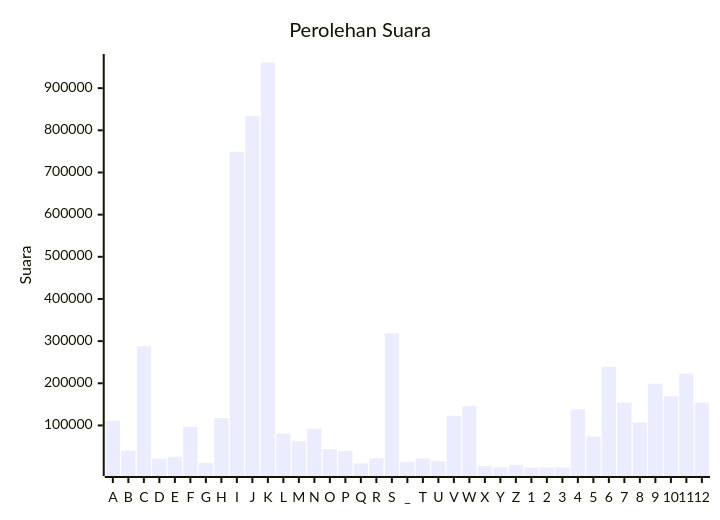
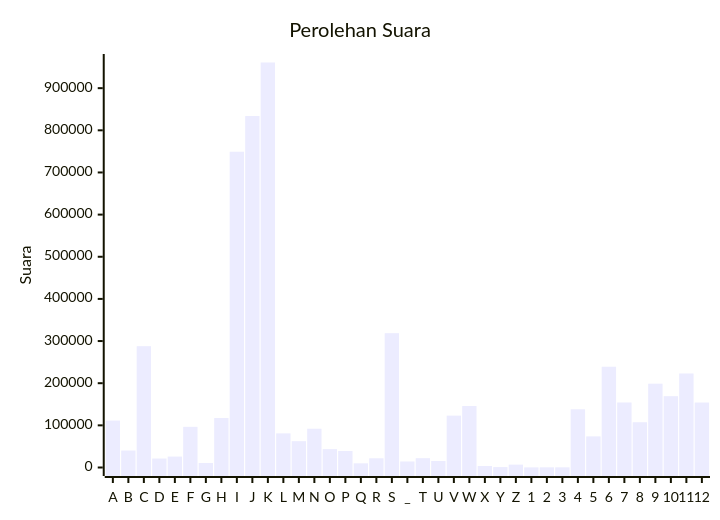
The diagram in pileg-dpr/hitung-suara/sub/table-partai-14.md (gigit-pemilu/pemilu-2024), drawn with Mermaid before and after one commit. The commit also changed 57 other files, not shown here.

````diff
--- a/pileg-dpr/hitung-suara/sub/table-partai-14.md
+++ b/pileg-dpr/hitung-suara/sub/table-partai-14.md
@@ -7,7 +7,7 @@
 ```mermaid
 xychart-beta
     title "Perolehan Suara"
     x-axis [A, B, C, D, E, F, G, H, I, J, K, L, M, N, O, P, Q, R, S, _, T, U, V, W, X, Y, Z, 1, 2, 3, 4, 5, 6, 7, 8, 9, 10, 11, 12]
-    y-axis "Suara"
+    y-axis "Suara" 0 --> 960888
     bar [111286, 40310, 287780, 21287, 25935, 96478, 10729, 117378, 749183, 833864, 960888, 80952, 62482, 91938, 43567, 39186, 9952, 21844, 318624, 14246, 22063, 15419, 123031, 145886, 3606, 950, 6803, 232, 357, 429, 138086, 73783, 239044, 154278, 107413, 198832, 169272, 223039, 154137]
 ```
````
